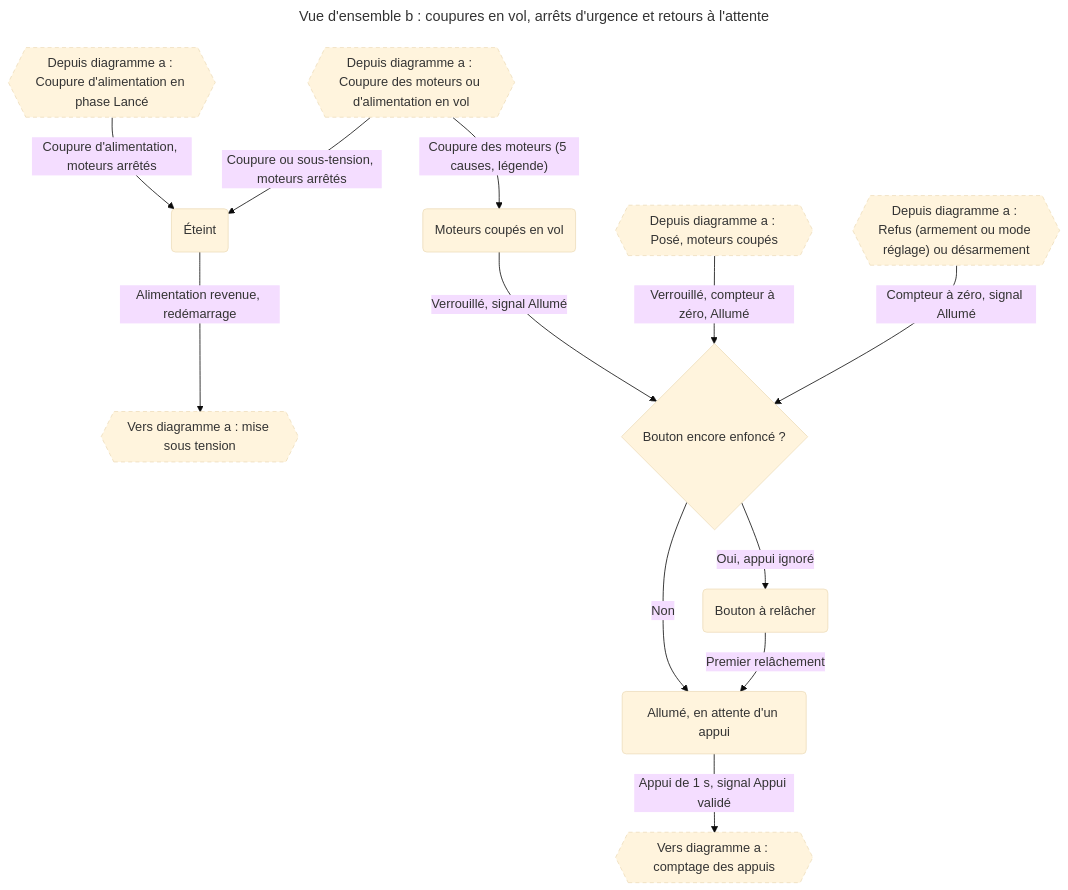
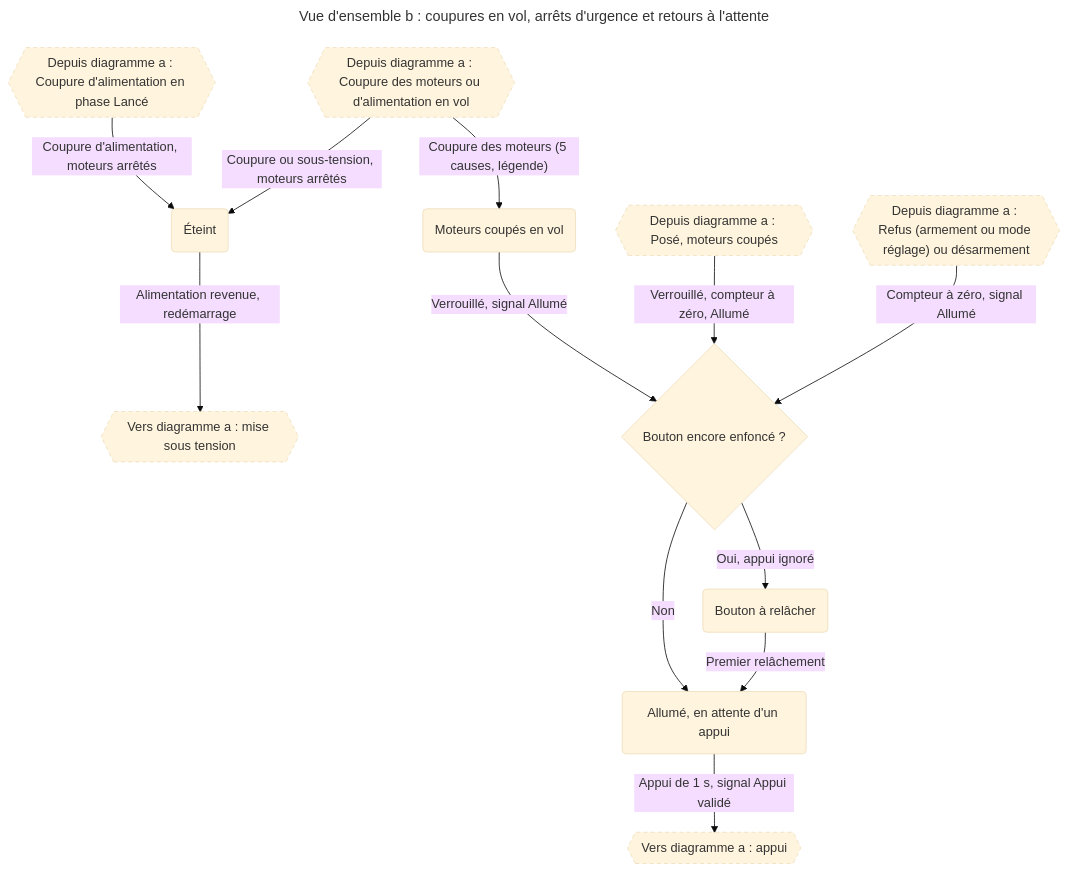
Before and after one commit to thourymatthieu-png/coworker_archi_system: the third of 16 diagrams in projets/boomrone/00-scenarios.md, drawn with Mermaid (base theme). The commit also changed other lines of this file and 11 other files, not shown here.

````diff
--- a/projets/boomrone/00-scenarios.md
+++ b/projets/boomrone/00-scenarios.md
@@ -156,30 +167,30 @@
 ```mermaid
 ---
 title: "Vue d'ensemble b : coupures en vol, arrêts d'urgence et retours à l'attente"
 ---
 flowchart TD
     RAL{{"Depuis diagramme a : Coupure d'alimentation en phase Lancé"}}
     RAV{{"Depuis diagramme a : Coupure des moteurs ou d'alimentation en vol"}}
     RAP{{"Depuis diagramme a : Posé, moteurs coupés"}}
     RAR{{"Depuis diagramme a : Refus (armement ou mode réglage) ou désarmement"}}
     Coupe("Moteurs coupés en vol")
     Eteint("Éteint")
     VersA{{"Vers diagramme a : mise sous tension"}}
     Dec{"Bouton encore enfoncé ?"}
     Attente("Allumé, en attente d'un appui")
     ARel("Bouton à relâcher")
-    VersA2{{"Vers diagramme a : comptage des appuis"}}
+    VersA2{{"Vers diagramme a : appui"}}
     RAL -->|"Coupure d'alimentation, moteurs arrêtés"| Eteint
     RAV -->|"Coupure des moteurs (5 causes, légende)"| Coupe
     RAV -->|"Coupure ou sous-tension, moteurs arrêtés"| Eteint
     Eteint -->|"Alimentation revenue, redémarrage"| VersA
     Coupe -->|"Verrouillé, signal Allumé"| Dec
     RAP -->|"Verrouillé, compteur à zéro, Allumé"| Dec
     RAR -->|"Compteur à zéro, signal Allumé"| Dec
     Dec -->|"Non"| Attente
     Dec -->|"Oui, appui ignoré"| ARel
     ARel -->|"Premier relâchement"| Attente
     Attente -->|"Appui de 1 s, signal Appui validé"| VersA2
     classDef renvoi stroke-dasharray: 5 4
     class RAL,RAV,RAP,RAR,VersA,VersA2 renvoi
 ```
````
